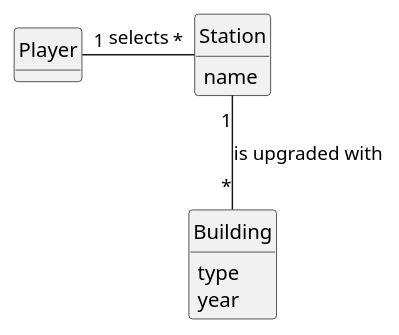
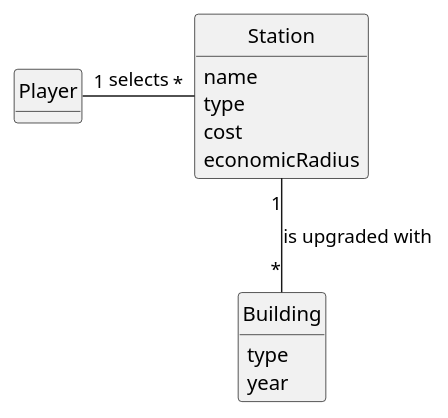
One commit to bruno-monteiro5/sem2-pi-24.25-g132-repo changed the diagram in docs/system-documentation/US006/02.analysis/puml/US006-DM.puml. Above: the diagram before and after it, drawn with PlantUML. The commit also changed 1 other file, not shown here.

```diff
--- a/docs/system-documentation/US006/02.analysis/puml/US006-DM.puml
+++ b/docs/system-documentation/US006/02.analysis/puml/US006-DM.puml
@@ -1,31 +1,35 @@
 @startuml
 skinparam monochrome true
 skinparam packageStyle rectangle
 skinparam shadowing false
 
 'left to right direction
 
 skinparam classAttributeIconSize 0
 
 hide circle
 hide methods
 
 
 class Station {
     name
+    type
+    cost
+    economicRadius
+
 }
 
 class Player {
 }
 
 class Building {
     type
     year
 
 }
 
 Player "1" - "*" Station: selects
 
 Station "1" -- "*" Building : is upgraded with
 
 @enduml
```
